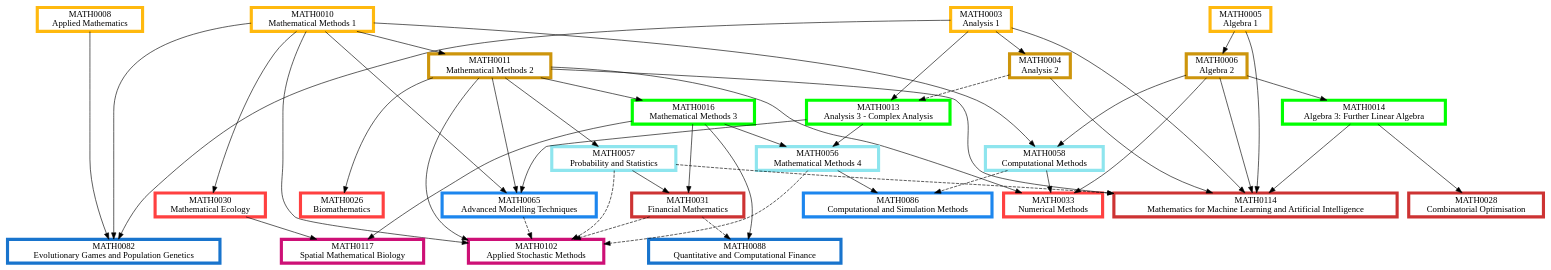
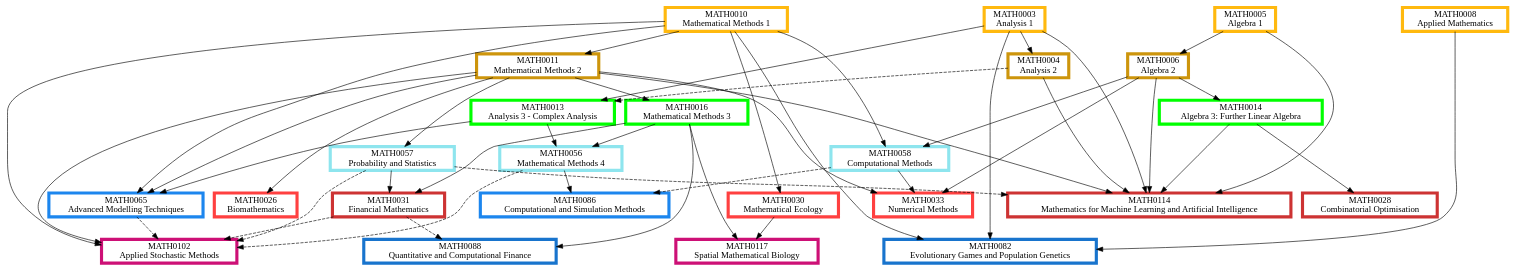
The diagram in Modelling, Computation and Finance.dot (matthew-towers/pathways), drawn with Graphviz before and after one commit. The commit also changed 11 other files, not shown here.

```diff
--- a/Modelling, Computation and Finance.dot
+++ b/Modelling, Computation and Finance.dot
@@ -1,125 +1,125 @@
 digraph {
 	node [fillcolor=white penwidth=5 shape=box style="filled,bold"]
 	subgraph "1.0 1" {
 		rank=same
+		MATH0003 [label="MATH0003
+Analysis 1" color=darkgoldenrod1 href="https://www.ucl.ac.uk/maths/sites/maths/files/math0003.pdf" tooltip="Year 1, term 1"]
 		MATH0008 [label="MATH0008
 Applied Mathematics" color=darkgoldenrod1 href="https://www.ucl.ac.uk/maths/sites/maths/files/math0008.pdf" tooltip="Year 1, term 1"]
-		MATH0003 [label="MATH0003
-Analysis 1" color=darkgoldenrod1 href="https://www.ucl.ac.uk/maths/sites/maths/files/math0003.pdf" tooltip="Year 1, term 1"]
 		MATH0010 [label="MATH0010
 Mathematical Methods 1" color=darkgoldenrod1 href="https://www.ucl.ac.uk/maths/sites/maths/files/math0010.pdf" tooltip="Year 1, term 1"]
 		MATH0005 [label="MATH0005
 Algebra 1" color=darkgoldenrod1 href="https://www.ucl.ac.uk/maths/sites/maths/files/math0005.pdf" tooltip="Year 1, term 1"]
 	}
-	MATH0005 -> MATH0006
-	MATH0010 -> MATH0011
-	MATH0003 -> MATH0004
+	MATH0010 -> MATH0011 [tooltip="required prerequisite"]
+	MATH0005 -> MATH0006 [tooltip="required prerequisite"]
+	MATH0003 -> MATH0004 [tooltip="required prerequisite"]
 	subgraph "1.0 2" {
 		rank=same
+		MATH0011 [label="MATH0011
+Mathematical Methods 2" color=darkgoldenrod3 href="https://www.ucl.ac.uk/maths/sites/maths/files/math0011_2.pdf" tooltip="Year 1, term 2"]
 		MATH0006 [label="MATH0006
 Algebra 2" color=darkgoldenrod3 href="https://www.ucl.ac.uk/maths/sites/maths/files/math0006.pdf" tooltip="Year 1, term 2"]
-		MATH0011 [label="MATH0011
-Mathematical Methods 2" color=darkgoldenrod3 href="https://www.ucl.ac.uk/maths/sites/maths/files/math0011_2.pdf" tooltip="Year 1, term 2"]
 		MATH0004 [label="MATH0004
 Analysis 2" color=darkgoldenrod3 href="https://www.ucl.ac.uk/maths/sites/maths/files/math0004.pdf" tooltip="Year 1, term 2"]
 	}
-	MATH0011 -> MATH0016
-	MATH0006 -> MATH0014
-	MATH0003 -> MATH0013
-	MATH0004 -> MATH0013 [style=dashed]
-	subgraph "2 1" {
+	MATH0006 -> MATH0014 [tooltip="required prerequisite"]
+	MATH0003 -> MATH0013 [tooltip="required prerequisite"]
+	MATH0004 -> MATH0013 [style=dashed tooltip="recommended prerequisite"]
+	MATH0011 -> MATH0016 [tooltip="required prerequisite"]
+	subgraph "2.0 1" {
 		rank=same
-		MATH0016 [label="MATH0016
-Mathematical Methods 3" color=green1 href="https://www.ucl.ac.uk/maths/sites/maths/files/math0016.pdf" tooltip="Year 2, term 1"]
 		MATH0014 [label="MATH0014
 Algebra 3: Further Linear Algebra" color=green1 href="https://www.ucl.ac.uk/maths/sites/maths/files/math0014.pdf" tooltip="Year 2, term 1"]
 		MATH0013 [label="MATH0013
 Analysis 3 - Complex Analysis" color=green1 href="https://www.ucl.ac.uk/maths/sites/maths/files/math0013.pdf" tooltip="Year 2, term 1"]
+		MATH0016 [label="MATH0016
+Mathematical Methods 3" color=green1 href="https://www.ucl.ac.uk/maths/sites/maths/files/math0016.pdf" tooltip="Year 2, term 1"]
 	}
-	MATH0011 -> MATH0057
-	MATH0010 -> MATH0058
-	MATH0006 -> MATH0058
-	MATH0013 -> MATH0056
-	MATH0016 -> MATH0056
+	MATH0010 -> MATH0058 [tooltip="required prerequisite"]
+	MATH0006 -> MATH0058 [tooltip="required prerequisite"]
+	MATH0013 -> MATH0056 [tooltip="required prerequisite"]
+	MATH0016 -> MATH0056 [tooltip="required prerequisite"]
+	MATH0011 -> MATH0057 [tooltip="required prerequisite"]
 	subgraph "2.5 2" {
 		rank=same
-		MATH0057 [label="MATH0057
-Probability and Statistics" color=cadetblue2 href="https://www.ucl.ac.uk/maths/sites/maths/files/math0057.pdf" tooltip="Year 2 or 3, term 2"]
 		MATH0058 [label="MATH0058
 Computational Methods" color=cadetblue2 href="https://www.ucl.ac.uk/maths/sites/maths/files/math0058.pdf" tooltip="Year 2 or 3, term 2"]
 		MATH0056 [label="MATH0056
 Mathematical Methods 4" color=cadetblue2 href="https://www.ucl.ac.uk/maths/sites/maths/files/math0056.pdf" tooltip="Year 2 or 3, term 2"]
+		MATH0057 [label="MATH0057
+Probability and Statistics" color=cadetblue2 href="https://www.ucl.ac.uk/maths/sites/maths/files/math0057.pdf" tooltip="Year 2 or 3, term 2"]
 	}
-	MATH0011 -> MATH0026
-	MATH0010 -> MATH0030
-	MATH0006 -> MATH0033
-	MATH0011 -> MATH0033
-	MATH0058 -> MATH0033
+	MATH0006 -> MATH0033 [tooltip="required prerequisite"]
+	MATH0011 -> MATH0033 [tooltip="required prerequisite"]
+	MATH0058 -> MATH0033 [tooltip="required prerequisite"]
+	MATH0010 -> MATH0030 [tooltip="required prerequisite"]
+	MATH0011 -> MATH0026 [tooltip="required prerequisite"]
 	subgraph "3.0 1" {
 		rank=same
+		MATH0033 [label="MATH0033
+Numerical Methods" color=brown1 href="https://www.ucl.ac.uk/maths/sites/maths/files/math0033.pdf" tooltip="Year 3, term 1"]
+		MATH0030 [label="MATH0030
+Mathematical Ecology" color=brown1 href="https://www.ucl.ac.uk/maths/sites/maths/files/math0030.pdf" tooltip="Year 3, term 1"]
 		MATH0026 [label="MATH0026
 Biomathematics" color=brown1 href="https://www.ucl.ac.uk/maths/sites/maths/files/math0026.pdf" tooltip="Year 3, term 1"]
-		MATH0030 [label="MATH0030
-Mathematical Ecology" color=brown1 href="https://www.ucl.ac.uk/maths/sites/maths/files/math0030.pdf" tooltip="Year 3, term 1"]
-		MATH0033 [label="MATH0033
-Numerical Methods" color=brown1 href="https://www.ucl.ac.uk/maths/sites/maths/files/math0033.pdf" tooltip="Year 3, term 1"]
 	}
-	MATH0016 -> MATH0031
-	MATH0057 -> MATH0031
-	MATH0003 -> MATH0114
-	MATH0004 -> MATH0114
-	MATH0005 -> MATH0114
-	MATH0006 -> MATH0114
-	MATH0011 -> MATH0114
-	MATH0014 -> MATH0114
-	MATH0057 -> MATH0114 [style=dashed]
-	MATH0014 -> MATH0028
-	subgraph "3.0 2" {
+	MATH0003 -> MATH0114 [tooltip="required prerequisite"]
+	MATH0004 -> MATH0114 [tooltip="required prerequisite"]
+	MATH0005 -> MATH0114 [tooltip="required prerequisite"]
+	MATH0006 -> MATH0114 [tooltip="required prerequisite"]
+	MATH0011 -> MATH0114 [tooltip="required prerequisite"]
+	MATH0014 -> MATH0114 [tooltip="required prerequisite"]
+	MATH0057 -> MATH0114 [style=dashed tooltip="recommended prerequisite"]
+	MATH0016 -> MATH0031 [tooltip="required prerequisite"]
+	MATH0057 -> MATH0031 [tooltip="required prerequisite"]
+	MATH0014 -> MATH0028 [tooltip="required prerequisite"]
+	subgraph "3 2" {
 		rank=same
+		MATH0114 [label="MATH0114
+Mathematics for Machine Learning and Artificial Intelligence" color=brown3 href="https://www.ucl.ac.uk/maths/sites/maths/files/math0114_0.pdf" tooltip="Year 3, term 2"]
 		MATH0031 [label="MATH0031
 Financial Mathematics" color=brown3 href="https://www.ucl.ac.uk/maths/sites/maths/files/math0031.pdf" tooltip="Year 3, term 2"]
-		MATH0114 [label="MATH0114
-Mathematics for Machine Learning and Artificial Intelligence" color=brown3 href="https://www.ucl.ac.uk/maths/sites/maths/files/math0114_0.pdf" tooltip="Year 3, term 2"]
 		MATH0028 [label="MATH0028
 Combinatorial Optimisation" color=brown3 href="https://www.ucl.ac.uk/maths/sites/maths/files/math0028.pdf" tooltip="Year 3, term 2"]
 	}
-	MATH0030 -> MATH0117
-	MATH0016 -> MATH0117
-	MATH0010 -> MATH0102
-	MATH0011 -> MATH0102
-	MATH0056 -> MATH0102 [style=dashed]
-	MATH0031 -> MATH0102 [style=dashed]
-	MATH0065 -> MATH0102 [style=dashed]
-	MATH0057 -> MATH0102 [style=dashed]
+	MATH0030 -> MATH0117 [tooltip="required prerequisite"]
+	MATH0016 -> MATH0117 [tooltip="required prerequisite"]
+	MATH0010 -> MATH0102 [tooltip="required prerequisite"]
+	MATH0011 -> MATH0102 [tooltip="required prerequisite"]
+	MATH0056 -> MATH0102 [style=dashed tooltip="recommended prerequisite"]
+	MATH0031 -> MATH0102 [style=dashed tooltip="recommended prerequisite"]
+	MATH0065 -> MATH0102 [style=dashed tooltip="recommended prerequisite"]
+	MATH0057 -> MATH0102 [style=dashed tooltip="recommended prerequisite"]
 	subgraph "3.5 2" {
 		rank=same
 		MATH0117 [label="MATH0117
 Spatial Mathematical Biology" color=deeppink3 href="https://www.ucl.ac.uk/maths/sites/maths/files/math0117.pdf" tooltip="Year 3 or 4, term 2"]
 		MATH0102 [label="MATH0102
 Applied Stochastic Methods" color=deeppink3 href="https://www.ucl.ac.uk/maths/sites/maths/files/math0102.pdf" tooltip="Year 3 or 4, term 2"]
 	}
-	MATH0056 -> MATH0086
-	MATH0058 -> MATH0086 [style=dashed]
-	MATH0010 -> MATH0065
-	MATH0011 -> MATH0065
-	MATH0013 -> MATH0065
+	MATH0056 -> MATH0086 [tooltip="required prerequisite"]
+	MATH0058 -> MATH0086 [style=dashed tooltip="recommended prerequisite"]
+	MATH0010 -> MATH0065 [tooltip="required prerequisite"]
+	MATH0011 -> MATH0065 [tooltip="required prerequisite"]
+	MATH0013 -> MATH0065 [tooltip="required prerequisite"]
 	subgraph "4.0 1" {
 		rank=same
 		MATH0086 [label="MATH0086
 Computational and Simulation Methods" color=dodgerblue2 href="https://www.ucl.ac.uk/maths/sites/maths/files/math0086.pdf" tooltip="Year 4, term 1"]
 		MATH0065 [label="MATH0065
 Advanced Modelling Techniques" color=dodgerblue2 href="https://www.ucl.ac.uk/maths/sites/maths/files/math0065.pdf" tooltip="Year 4, term 1"]
 	}
-	MATH0016 -> MATH0088
-	MATH0031 -> MATH0088 [style=dashed]
-	MATH0008 -> MATH0082
-	MATH0010 -> MATH0082
-	MATH0003 -> MATH0082
+	MATH0008 -> MATH0082 [tooltip="required prerequisite"]
+	MATH0010 -> MATH0082 [tooltip="required prerequisite"]
+	MATH0003 -> MATH0082 [tooltip="required prerequisite"]
+	MATH0016 -> MATH0088 [tooltip="required prerequisite"]
+	MATH0031 -> MATH0088 [style=dashed tooltip="recommended prerequisite"]
 	subgraph "4.0 2" {
 		rank=same
+		MATH0082 [label="MATH0082
+Evolutionary Games and Population Genetics" color=dodgerblue3 href="https://www.ucl.ac.uk/maths/sites/maths/files/math0082.pdf" tooltip="Year 4, term 2"]
 		MATH0088 [label="MATH0088
 Quantitative and Computational Finance" color=dodgerblue3 href="https://www.ucl.ac.uk/maths/sites/maths/files/math0088.pdf" tooltip="Year 4, term 2"]
-		MATH0082 [label="MATH0082
-Evolutionary Games and Population Genetics" color=dodgerblue3 href="https://www.ucl.ac.uk/maths/sites/maths/files/math0082.pdf" tooltip="Year 4, term 2"]
 	}
 }
```
